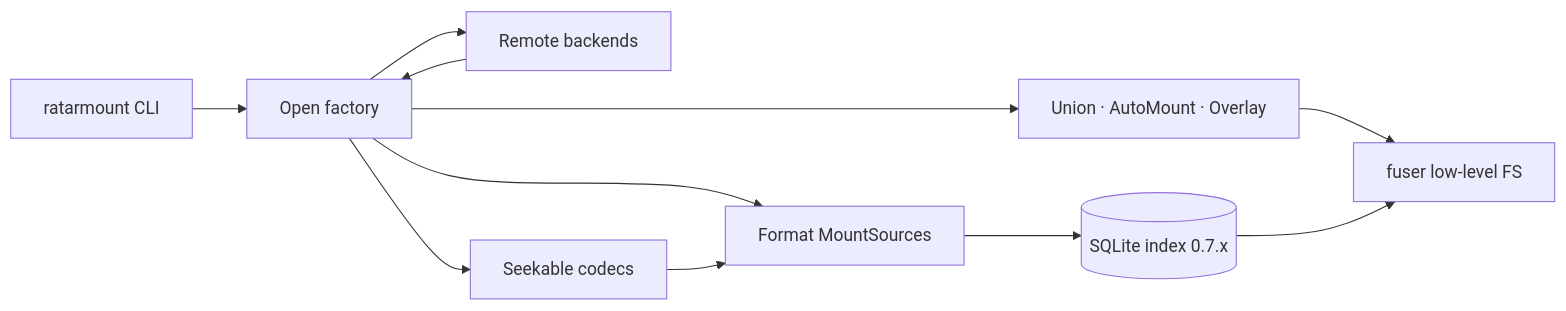
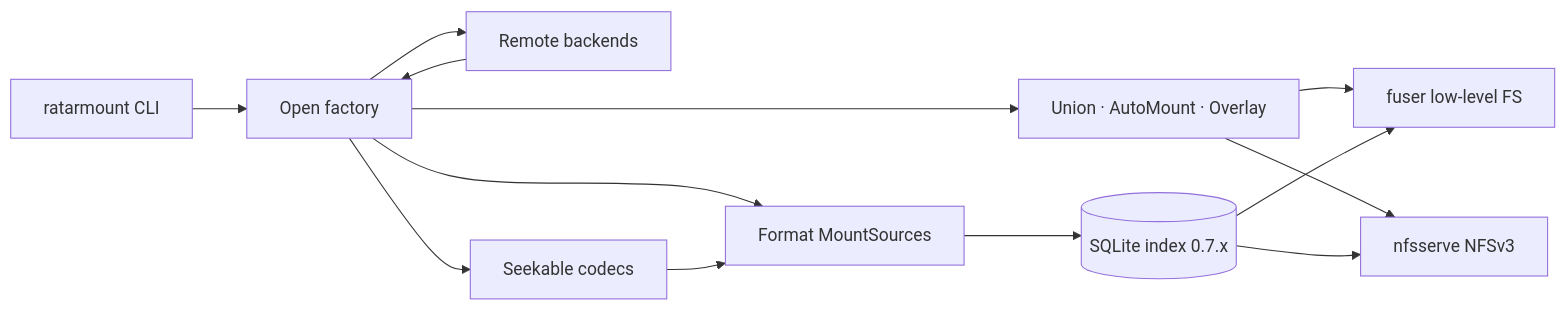
The diagram in README.md (hilather/ratarmount-rs), drawn with Mermaid before and after one commit. The commit also changed other lines of this file and 26 other files, not shown here.

````diff
--- a/README.md
+++ b/README.md
@@ -182,13 +187,15 @@
 ```mermaid
 flowchart LR
   CLI[ratarmount CLI] --> Factory[Open factory]
   Factory --> Remote[Remote backends]
   Factory --> Compress[Seekable codecs]
   Factory --> Formats[Format MountSources]
   Factory --> Composite[Union · AutoMount · Overlay]
   Formats --> Index[(SQLite index 0.7.x)]
   Composite --> FUSE[fuser low-level FS]
+  Composite --> NFS[nfsserve NFSv3]
   Index --> FUSE
+  Index --> NFS
   Compress --> Formats
   Remote --> Factory
 ```
````
